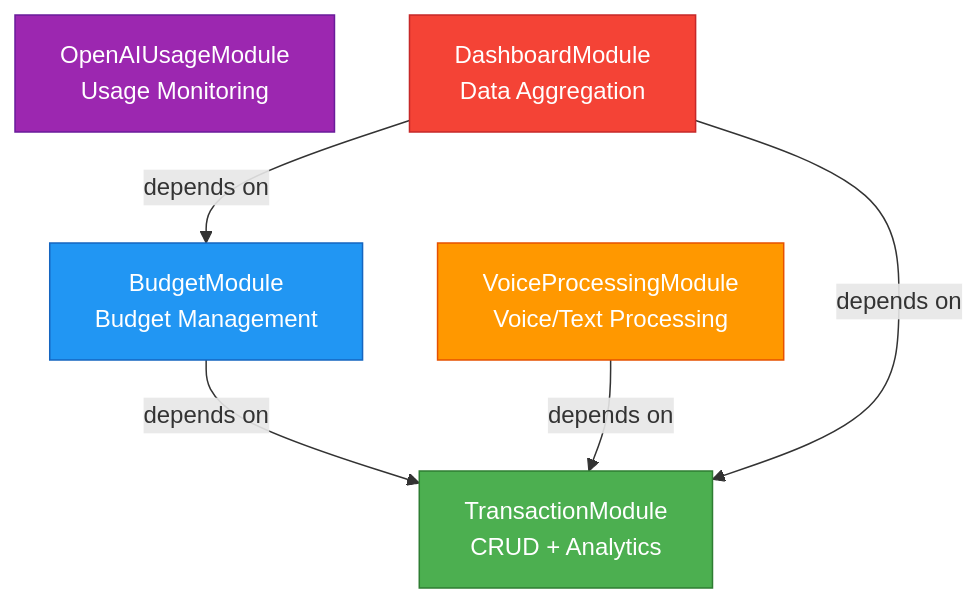
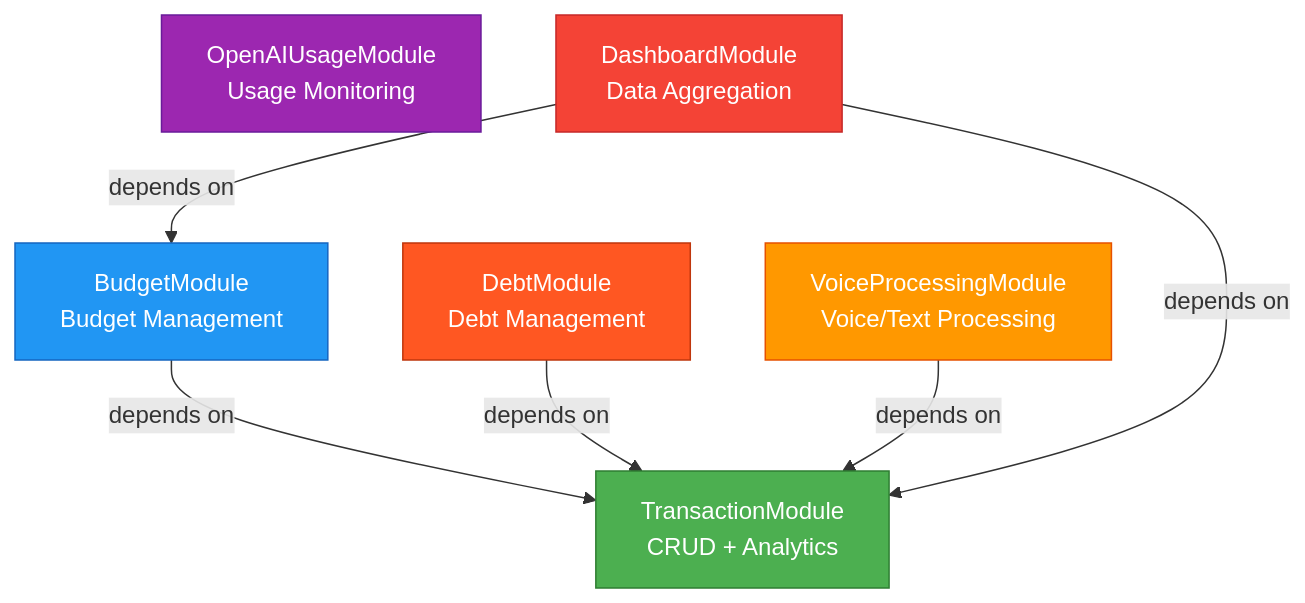
Before and after one commit to chollak/finance-tracker-backend: the diagram in docs/knowledge-base/01-architecture/modules.md, drawn with Mermaid. The commit also changed other lines of this file and 58 other files, not shown here.

First line of the commit message:
feat: implement DebtModule with full CRUD and payments

````diff
--- a/docs/knowledge-base/01-architecture/modules.md
+++ b/docs/knowledge-base/01-architecture/modules.md
@@ -7,19 +7,22 @@
 ```mermaid
 graph TD
     TM[TransactionModule<br/>CRUD + Analytics]
     BM[BudgetModule<br/>Budget Management]
+    DeM[DebtModule<br/>Debt Management]
     VM[VoiceProcessingModule<br/>Voice/Text Processing]
     OM[OpenAIUsageModule<br/>Usage Monitoring]
     DM[DashboardModule<br/>Data Aggregation]
 
     BM -->|depends on| TM
+    DeM -->|depends on| TM
     VM -->|depends on| TM
     DM -->|depends on| TM
     DM -->|depends on| BM
 
     style TM fill:#4CAF50,stroke:#2E7D32,color:#fff
     style BM fill:#2196F3,stroke:#1565C0,color:#fff
+    style DeM fill:#FF5722,stroke:#BF360C,color:#fff
     style VM fill:#FF9800,stroke:#E65100,color:#fff
     style OM fill:#9C27B0,stroke:#6A1B9A,color:#fff
     style DM fill:#F44336,stroke:#C62828,color:#fff
 ```
````
